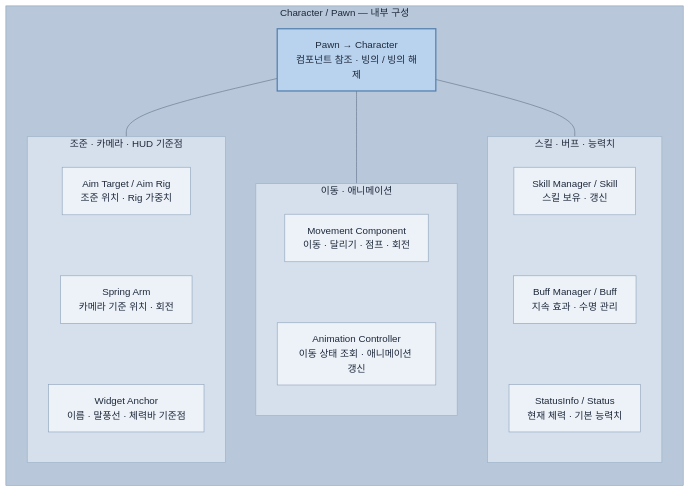
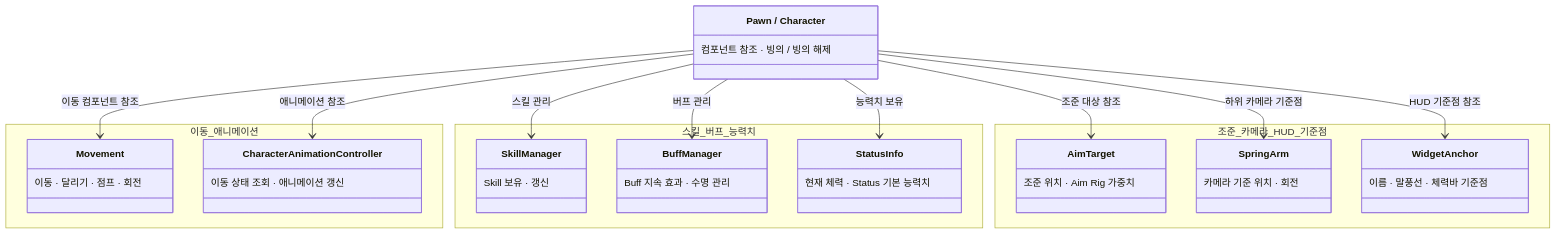
One commit to MDJ0126/FrameworkForUnity changed the third of 3 diagrams in README.md. Above: the diagram before and after it, drawn with Mermaid. The commit also changed other lines of this file, not shown here.

Commit message:
수정

````diff
--- a/README.md
+++ b/README.md
@@ -120,77 +116,59 @@
 ```mermaid
 ---
 config:
-  theme: base
-  themeVariables:
-    background: "#b8c7d9"
-    primaryColor: "#edf2f8"
-    primaryTextColor: "#1e293b"
-    primaryBorderColor: "#94a3b8"
-    lineColor: "#64748b"
-    secondaryColor: "#d6e0ed"
-    tertiaryColor: "#d6e0ed"
-    clusterBkg: "#d6e0ed"
-    clusterBorder: "#8da2ba"
-    titleColor: "#334155"
-    edgeLabelBackground: "#d6e0ed"
-  themeCSS: |
-    a, a:link, a:visited, a:hover, a:active, a:focus, a *,
-    .node a, .node a:link, .node a:visited, .node a:hover,
-    .node .nodeLabel, .node .nodeLabel *, .node text {
-      color: #1e293b !important;
-      fill: #1e293b !important;
-      text-decoration: none !important;
-      text-decoration-line: none !important;
+  class:
+    hideEmptyMembersBox: true
+---
+classDiagram
+    direction TB
+    class Core["Pawn / Character"] {
+        컴포넌트 참조 · 빙의 / 빙의 해제
     }
----
-flowchart TB
-    subgraph Character["Character / Pawn — 내부 구성"]
-        direction TB
-        Core["Pawn → Character<br/>컴포넌트 참조 · 빙의 / 빙의 해제"]
-        Core --- Motion
-        Core --- Gameplay
-        Core --- Targets
-
-        subgraph Motion["이동 · 애니메이션"]
-            direction TB
-            Movement["Movement Component<br/>이동 · 달리기 · 점프 · 회전"]
-            Animation["Animation Controller<br/>이동 상태 조회 · 애니메이션 갱신"]
-            Movement ~~~ Animation
-        end
-
-        subgraph Gameplay["스킬 · 버프 · 능력치"]
-            direction TB
-            Skills["Skill Manager / Skill<br/>스킬 보유 · 갱신"]
-            Buffs["Buff Manager / Buff<br/>지속 효과 · 수명 관리"]
-            Status["StatusInfo / Status<br/>현재 체력 · 기본 능력치"]
-            Skills ~~~ Buffs ~~~ Status
-        end
-
-        subgraph Targets["조준 · 카메라 · HUD 기준점"]
-            direction TB
-            Aim["Aim Target / Aim Rig<br/>조준 위치 · Rig 가중치"]
-            SpringArm["Spring Arm<br/>카메라 기준 위치 · 회전"]
-            Anchor["Widget Anchor<br/>이름 · 말풍선 · 체력바 기준점"]
-            Aim ~~~ SpringArm ~~~ Anchor
-        end
-    end
-
-    classDef default fill:#edf2f8,stroke:#8da2ba,color:#1e293b
-    classDef focus fill:#b9d3ef,stroke:#527fae,color:#1e293b,stroke-width:2px
-    class Core focus
-
-    style Character fill:#b8c7d9,stroke:#8da2ba,color:#1e293b
-    style Motion fill:#d6e0ed,stroke:#9bafc5,color:#1e293b
-    style Gameplay fill:#d6e0ed,stroke:#9bafc5,color:#1e293b
-    style Targets fill:#d6e0ed,stroke:#9bafc5,color:#1e293b
-
+    namespace 이동_애니메이션 {
+        class Movement {
+            이동 · 달리기 · 점프 · 회전
+        }
+        class CharacterAnimationController {
+            이동 상태 조회 · 애니메이션 갱신
+        }
+    }
+    namespace 스킬_버프_능력치 {
+        class SkillManager {
+            Skill 보유 · 갱신
+        }
+        class BuffManager {
+            Buff 지속 효과 · 수명 관리
+        }
+        class StatusInfo {
+            현재 체력 · Status 기본 능력치
+        }
+    }
+    namespace 조준_카메라_HUD_기준점 {
+        class AimTarget {
+            조준 위치 · Aim Rig 가중치
+        }
+        class SpringArm {
+            카메라 기준 위치 · 회전
+        }
+        class WidgetAnchor {
+            이름 · 말풍선 · 체력바 기준점
+        }
+    }
+    Core --> Movement : 이동 컴포넌트 참조
+    Core --> CharacterAnimationController : 애니메이션 참조
+    Core --> SkillManager : 스킬 관리
+    Core --> BuffManager : 버프 관리
+    Core --> StatusInfo : 능력치 보유
+    Core --> AimTarget : 조준 대상 참조
+    Core --> SpringArm : 하위 카메라 기준점
+    Core --> WidgetAnchor : HUD 기준점 참조
     click Core href "https://github.com/MDJ0126/SampleProjectForUnity/blob/main/Assets/Scripts/InGame/Object/Pawn/Pawn.cs" "Pawn.cs 열기" _blank
     click Movement href "https://github.com/MDJ0126/SampleProjectForUnity/blob/main/Assets/Scripts/InGame/Object/Pawn/Movement.cs" "Movement.cs 열기" _blank
-    click Animation href "https://github.com/MDJ0126/SampleProjectForUnity/blob/main/Assets/Scripts/InGame/Object/Pawn/Character/CharacterAnimationController.cs" "CharacterAnimationController.cs 열기" _blank
-    click Skills href "https://github.com/MDJ0126/SampleProjectForUnity/blob/main/Assets/Scripts/InGame/Skill/SkillManager.cs" "SkillManager.cs 열기" _blank
-    click Buffs href "https://github.com/MDJ0126/SampleProjectForUnity/blob/main/Assets/Scripts/InGame/Buff/BuffManager.cs" "BuffManager.cs 열기" _blank
-    click Status href "https://github.com/MDJ0126/SampleProjectForUnity/blob/main/Assets/Scripts/InGame/Status/StatusInfo.cs" "StatusInfo.cs 열기" _blank
-    click Aim href "https://github.com/MDJ0126/SampleProjectForUnity/blob/main/Assets/Scripts/InGame/Object/Pawn/Character/AimTarget.cs" "AimTarget.cs 열기" _blank
+    click CharacterAnimationController href "https://github.com/MDJ0126/SampleProjectForUnity/blob/main/Assets/Scripts/InGame/Object/Pawn/Character/CharacterAnimationController.cs" "CharacterAnimationController.cs 열기" _blank
+    click SkillManager href "https://github.com/MDJ0126/SampleProjectForUnity/blob/main/Assets/Scripts/InGame/Skill/SkillManager.cs" "SkillManager.cs 열기" _blank
+    click BuffManager href "https://github.com/MDJ0126/SampleProjectForUnity/blob/main/Assets/Scripts/InGame/Buff/BuffManager.cs" "BuffManager.cs 열기" _blank
+    click StatusInfo href "https://github.com/MDJ0126/SampleProjectForUnity/blob/main/Assets/Scripts/InGame/Status/StatusInfo.cs" "StatusInfo.cs 열기" _blank
+    click AimTarget href "https://github.com/MDJ0126/SampleProjectForUnity/blob/main/Assets/Scripts/InGame/Object/Pawn/Character/AimTarget.cs" "AimTarget.cs 열기" _blank
     click SpringArm href "https://github.com/MDJ0126/SampleProjectForUnity/blob/main/Assets/Scripts/Common/SpringArm.cs" "SpringArm.cs 열기" _blank
-    click Anchor href "https://github.com/MDJ0126/SampleProjectForUnity/blob/main/Assets/Scripts/UI/HUD/WidgetAnchor.cs" "WidgetAnchor.cs 열기" _blank
+    click WidgetAnchor href "https://github.com/MDJ0126/SampleProjectForUnity/blob/main/Assets/Scripts/UI/HUD/WidgetAnchor.cs" "WidgetAnchor.cs 열기" _blank
 ```
````
